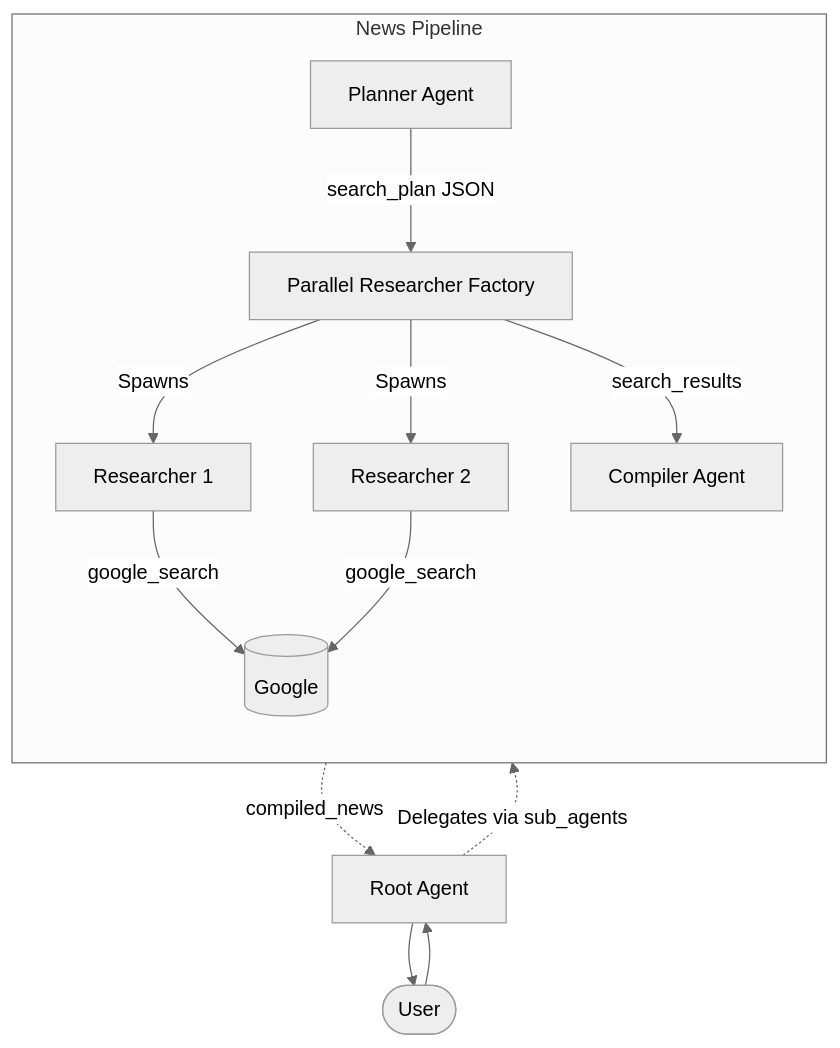
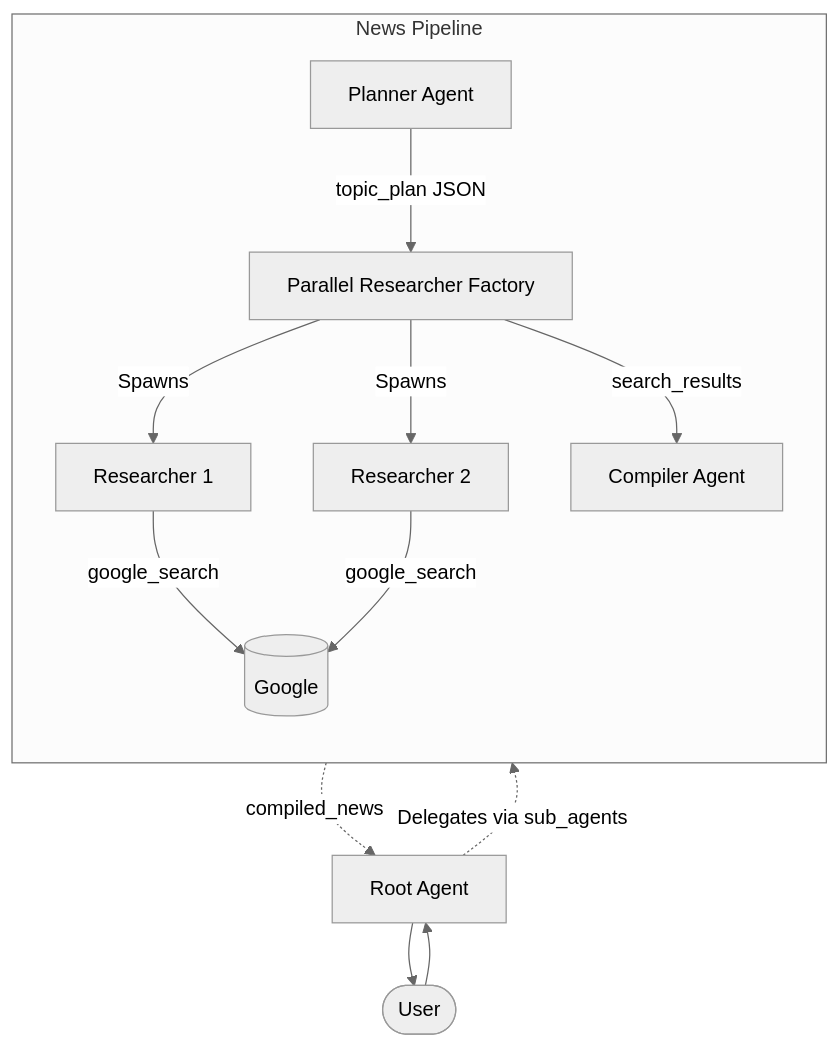
Before and after one commit to LuisSala/agent-workshop: the diagram in modules/03-advanced-orchestration/README.md, drawn with Mermaid (neutral theme). The commit also changed other lines of this file and 28 other files, not shown here.

````diff
--- a/modules/03-advanced-orchestration/README.md
+++ b/modules/03-advanced-orchestration/README.md
@@ -13,18 +13,18 @@
 ```mermaid
 flowchart TD
     User([User]) --> R[Root Agent]
     
     subgraph News Pipeline
       direction TB
-      P[Planner Agent] -->|search_plan JSON| PAR[Parallel Researcher Factory]
+      P[Planner Agent] -->|topic_plan JSON| PAR[Parallel Researcher Factory]
       PAR -->|Spawns| RES1[Researcher 1]
       PAR -->|Spawns| RES2[Researcher 2]
       RES1 -->|google_search| G[(Google)]
       RES2 -->|google_search| G
       PAR -->|search_results| C[Compiler Agent]
     end
 
     R -.->|Delegates via sub_agents| P
     C -.->|compiled_news| R
     R --> User
 ```
````
